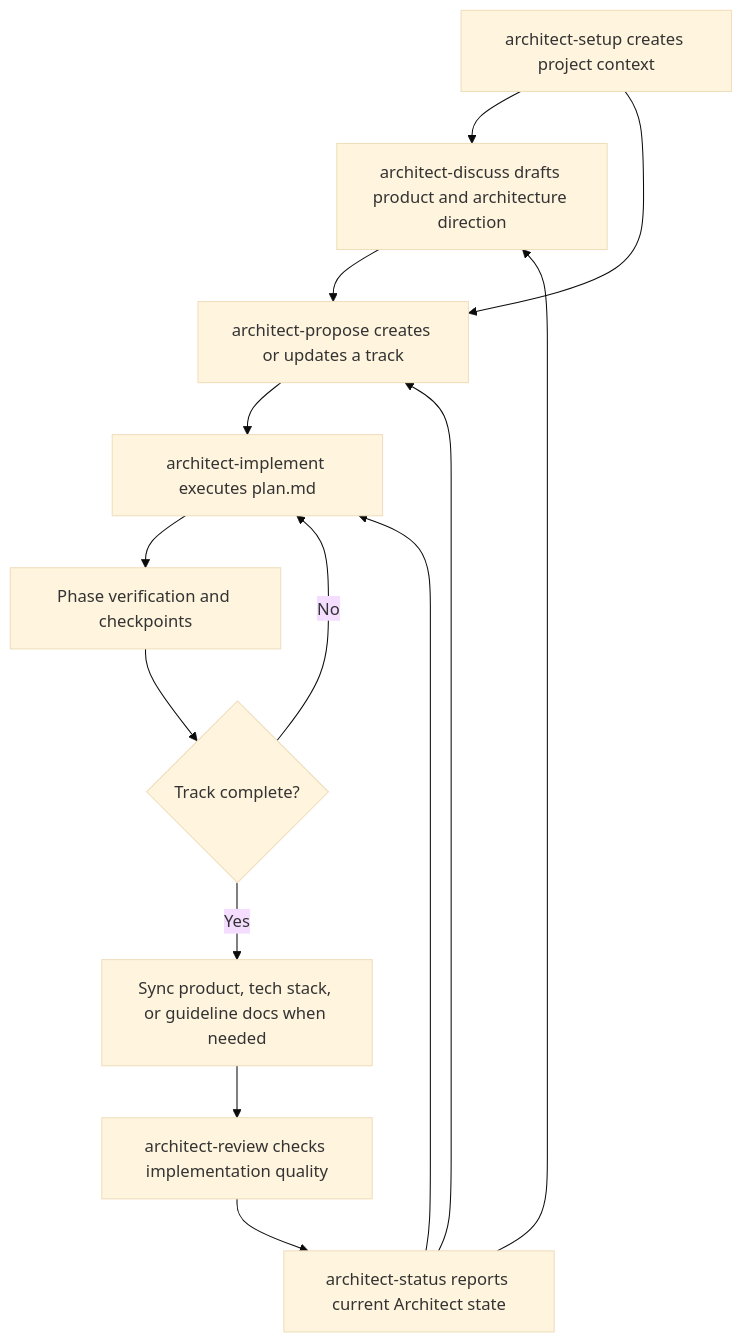
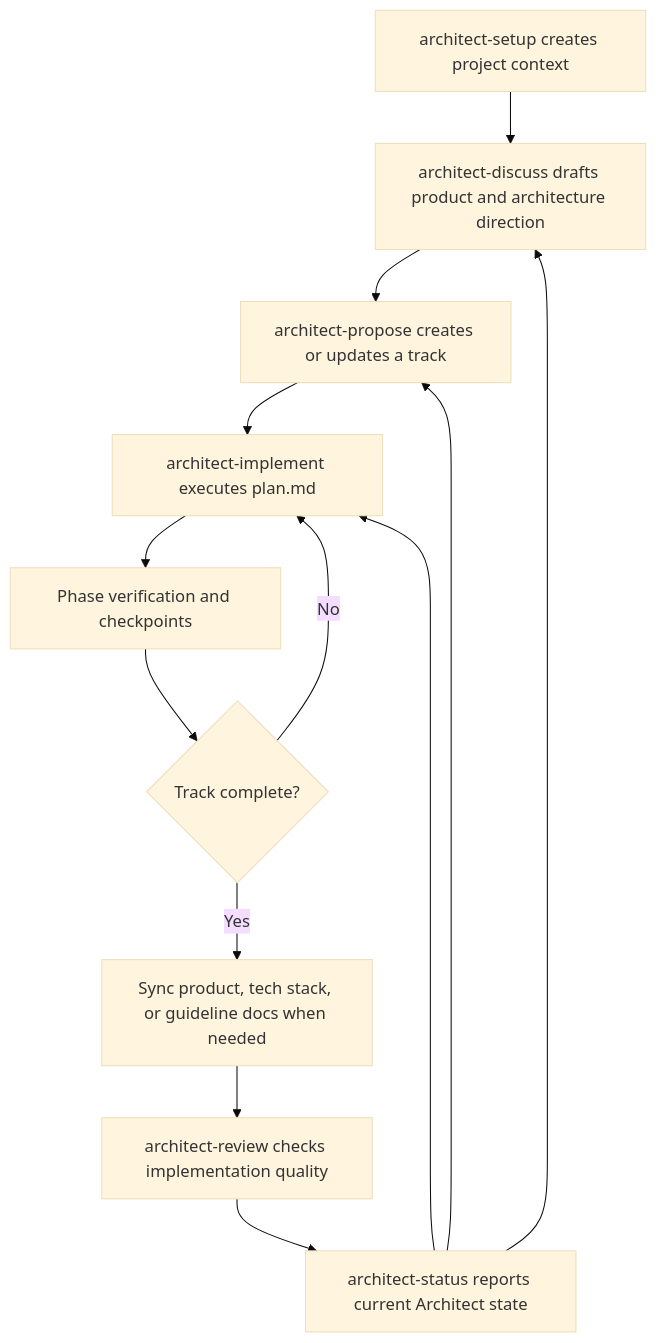
One commit to hlhr202/swe-skills changed the diagram in misc/architect/README.md. Above: the diagram before and after it, drawn with Mermaid (base theme). The commit also changed other lines of this file and 9 other files, not shown here.

Commit message:
:memo: docs: route architect setup to discuss

````diff
--- a/misc/architect/README.md
+++ b/misc/architect/README.md
@@ -16,17 +16,16 @@
 ```mermaid
 flowchart TD
     Setup[architect-setup creates project context] --> Discuss[architect-discuss drafts product and architecture direction]
     Discuss --> Propose[architect-propose creates or updates a track]
-    Setup --> Propose
     Propose --> Implement[architect-implement executes plan.md]
     Implement --> Verify[Phase verification and checkpoints]
     Verify --> Complete{Track complete?}
     Complete -->|No| Implement
     Complete -->|Yes| Sync[Sync product, tech stack, or guideline docs when needed]
     Sync --> Review[architect-review checks implementation quality]
     Review --> Status[architect-status reports current Architect state]
 
     Status --> Propose
     Status --> Discuss
     Status --> Implement
 ```
````
